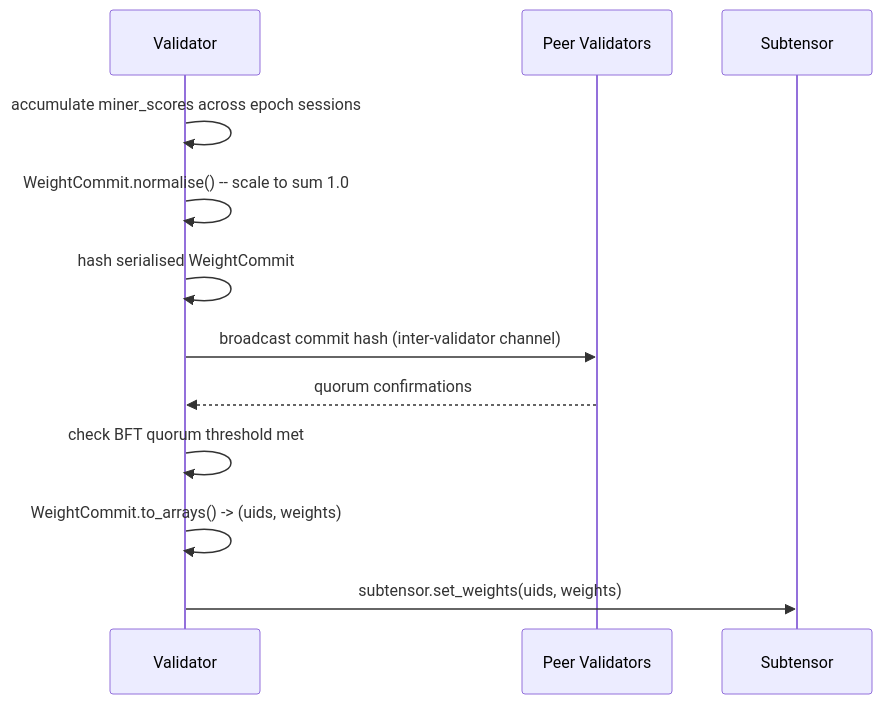
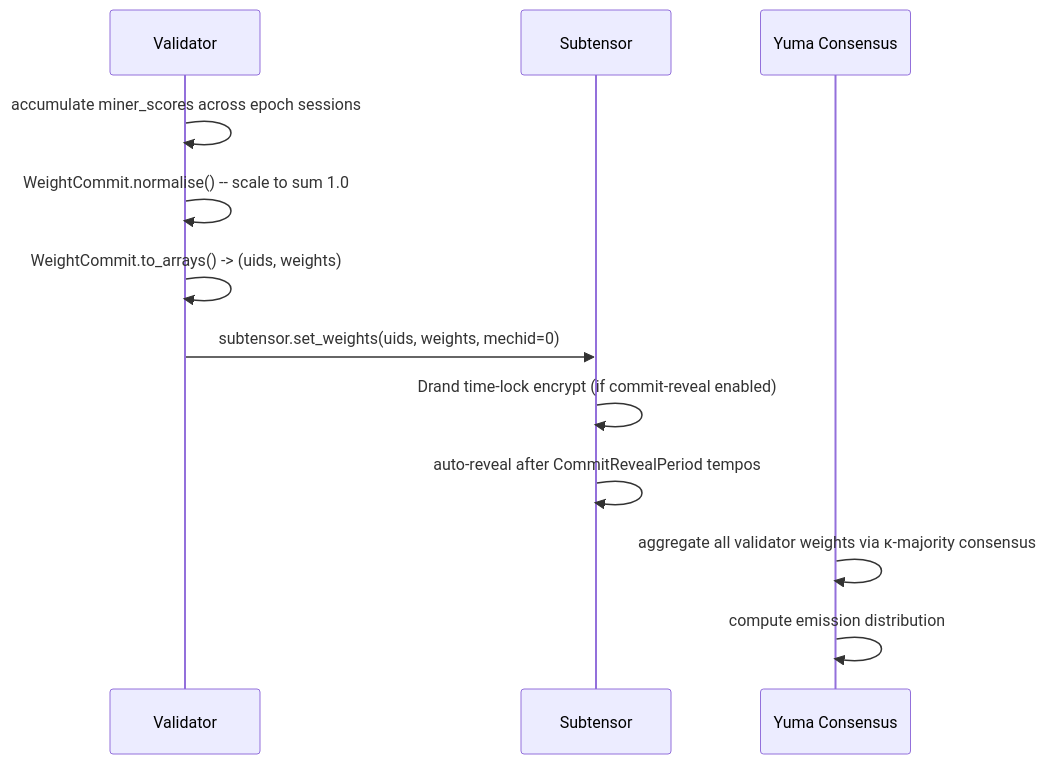
Before and after one commit to dukedorje/narrative-network: the third of 3 diagrams in docs/architecture/synapse-protocol.md, drawn with Mermaid. The commit also changed other lines of this file and 17 other files, not shown here.

Commit message:
Update .env.example with new Bonfire and Agent IDs, enhance .gitignore to exclude .playwright-mcp, and add comprehensive Bonfires.ai integration architecture documentation. Revise emission model and scoring validation documents to align with updated protocol specifications.

````diff
--- a/docs/architecture/synapse-protocol.md
+++ b/docs/architecture/synapse-protocol.md
@@ -186,15 +186,15 @@
 ```mermaid
 sequenceDiagram
     participant V as Validator
-    participant PV as Peer Validators
     participant ST as Subtensor
+    participant YC as Yuma Consensus
 
     V->>V: accumulate miner_scores across epoch sessions
     V->>V: WeightCommit.normalise() -- scale to sum 1.0
-    V->>V: hash serialised WeightCommit
-    V->>PV: broadcast commit hash (inter-validator channel)
-    PV-->>V: quorum confirmations
-    V->>V: check BFT quorum threshold met
     V->>V: WeightCommit.to_arrays() -> (uids, weights)
-    V->>ST: subtensor.set_weights(uids, weights)
+    V->>ST: subtensor.set_weights(uids, weights, mechid=0)
+    ST->>ST: Drand time-lock encrypt (if commit-reveal enabled)
+    ST->>ST: auto-reveal after CommitRevealPeriod tempos
+    YC->>YC: aggregate all validator weights via κ-majority consensus
+    YC->>YC: compute emission distribution
 ```
````
